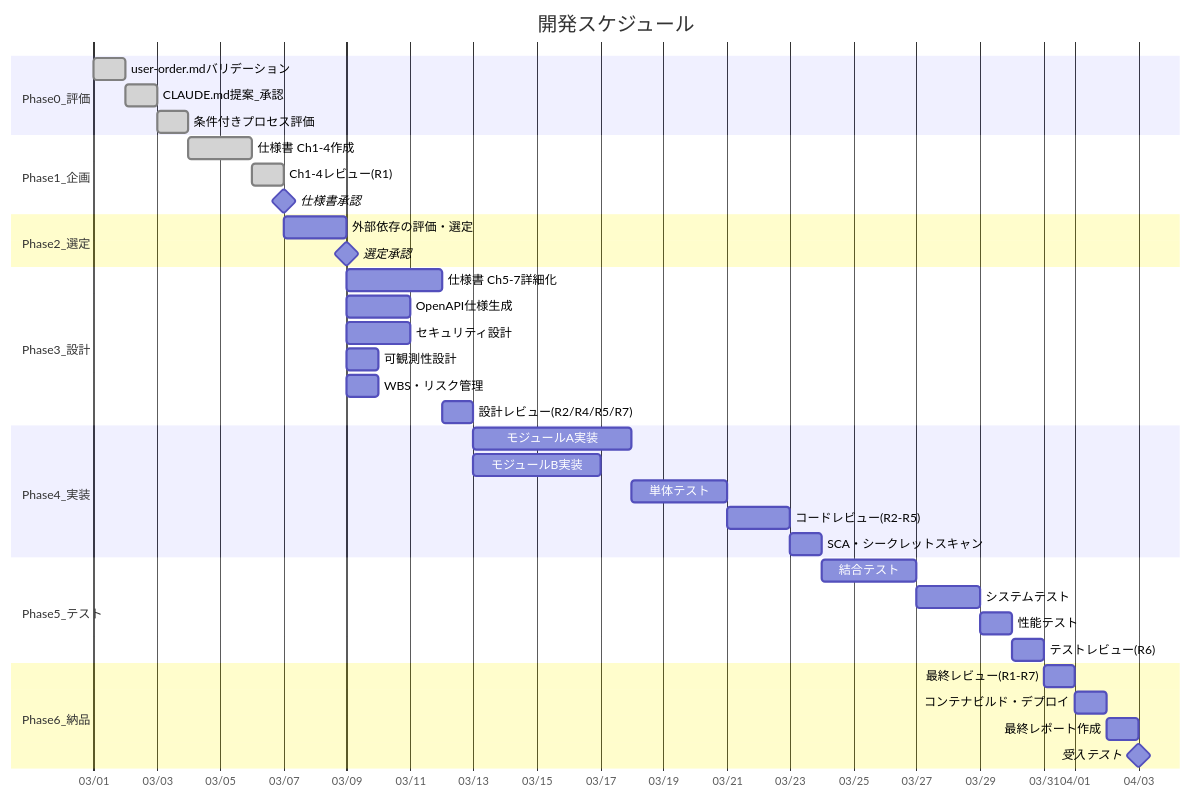
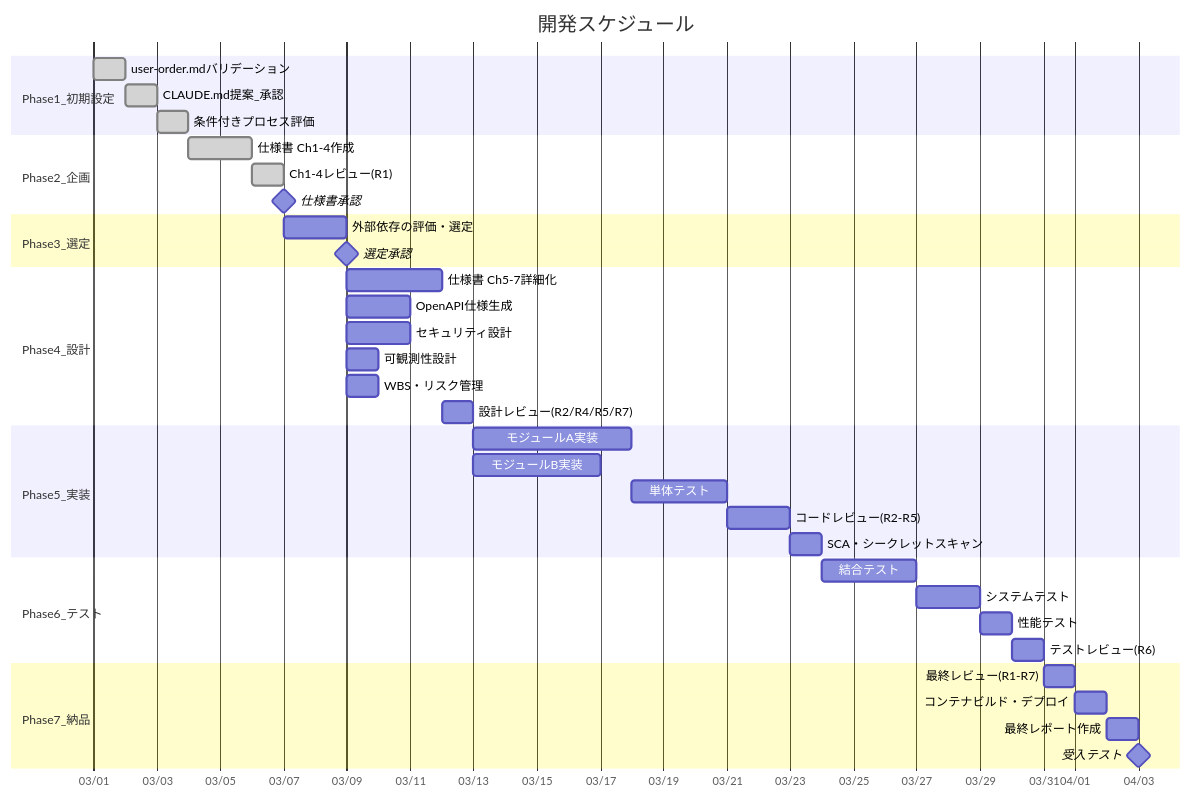
One commit to GoodRelax/gr-sw-maker changed the fifth of 12 diagrams in framework-src/ja/process-rules/full-auto-dev-process-rules.md. Above: the diagram before and after it, drawn with Mermaid. The commit also changed other lines of this file and 31 other files, not shown here.

````diff
--- a/framework-src/ja/process-rules/full-auto-dev-process-rules.md
+++ b/framework-src/ja/process-rules/full-auto-dev-process-rules.md
@@ -1007,47 +1010,47 @@
 ```mermaid
 gantt
     title 開発スケジュール
     dateFormat  YYYY-MM-DD
     axisFormat  %m/%d
 
-    section Phase0_評価
+    section Phase1_初期設定
     user-order.mdバリデーション     : done, p0a, 2026-03-01, 1d
     CLAUDE.md提案_承認             : done, p0a2, after p0a, 1d
     条件付きプロセス評価           : done, p0b, after p0a2, 1d
 
-    section Phase1_企画
+    section Phase2_企画
     仕様書 Ch1-4作成                 : done, p1b, after p0b, 2d
     Ch1-4レビュー(R1)              : done, p1c, after p1b, 1d
     仕様書承認                    : milestone, p1d, after p1c, 0d
 
-    section Phase2_選定
+    section Phase3_選定
     外部依存の評価・選定           : p2s, after p1d, 2d
     選定承認                      : milestone, p2m, after p2s, 0d
 
-    section Phase3_設計
+    section Phase4_設計
     仕様書 Ch5-7詳細化              : p3a, after p2m, 3d
     OpenAPI仕様生成               : p3e, after p2m, 2d
     セキュリティ設計               : p3b, after p2m, 2d
     可観測性設計                   : p3f, after p2m, 1d
     WBS・リスク管理               : p3c, after p2m, 1d
     設計レビュー(R2/R4/R5/R7)        : p3d, after p3a, 1d
 
-    section Phase4_実装
+    section Phase5_実装
     モジュールA実装               : p4a, after p3d, 5d
     モジュールB実装               : p4b, after p3d, 4d
     単体テスト                    : p4c, after p4a, 3d
     コードレビュー(R2-R5)        : p4d, after p4c, 2d
     SCA・シークレットスキャン      : p4e, after p4d, 1d
 
-    section Phase5_テスト
+    section Phase6_テスト
     結合テスト                    : p5a, after p4e, 3d
     システムテスト                 : p5b, after p5a, 2d
     性能テスト                    : p5g, after p5b, 1d
     テストレビュー(R6)             : p5c, after p5g, 1d
 
-    section Phase6_納品
+    section Phase7_納品
     最終レビュー(R1-R7)            : p6a, after p5c, 1d
     コンテナビルド・デプロイ        : p6b, after p6a, 1d
     最終レポート作成               : p6c, after p6b, 1d
     受入テスト                    : milestone, p6d, after p6c, 0d
 ```
````
